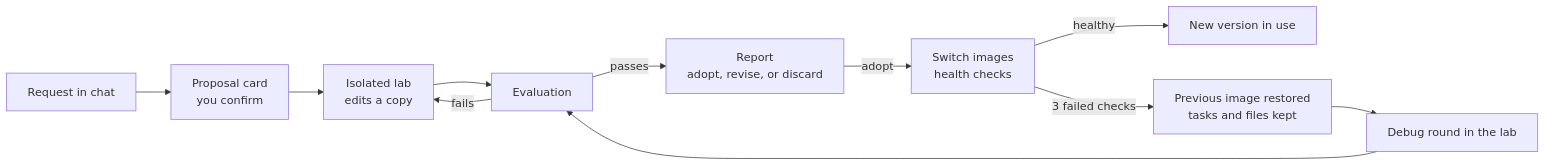
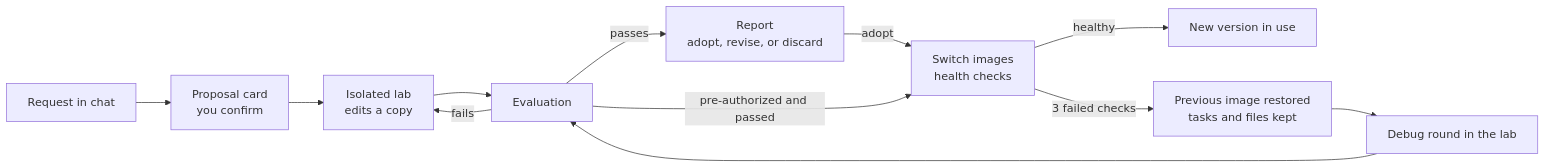
The first of 3 diagrams in README.md (wudilyy999/owndesk), drawn with Mermaid before and after one commit. The commit also changed other lines of this file and 11 other files, not shown here.

````diff
--- a/README.md
+++ b/README.md
@@ -59,13 +59,14 @@
 ```mermaid
 flowchart LR
     A[Request in chat] --> B[Proposal card<br/>you confirm]
     B --> C[Isolated lab<br/>edits a copy]
     C --> D[Evaluation]
     D -->|fails| C
     D -->|passes| E[Report<br/>adopt, revise, or discard]
     E -->|adopt| F[Switch images<br/>health checks]
     F -->|healthy| G[New version in use]
     F -->|3 failed checks| H[Previous image restored<br/>tasks and files kept]
     H --> I[Debug round in the lab]
     I --> D
+    D -->|pre-authorized and passed| F
 ```
````
